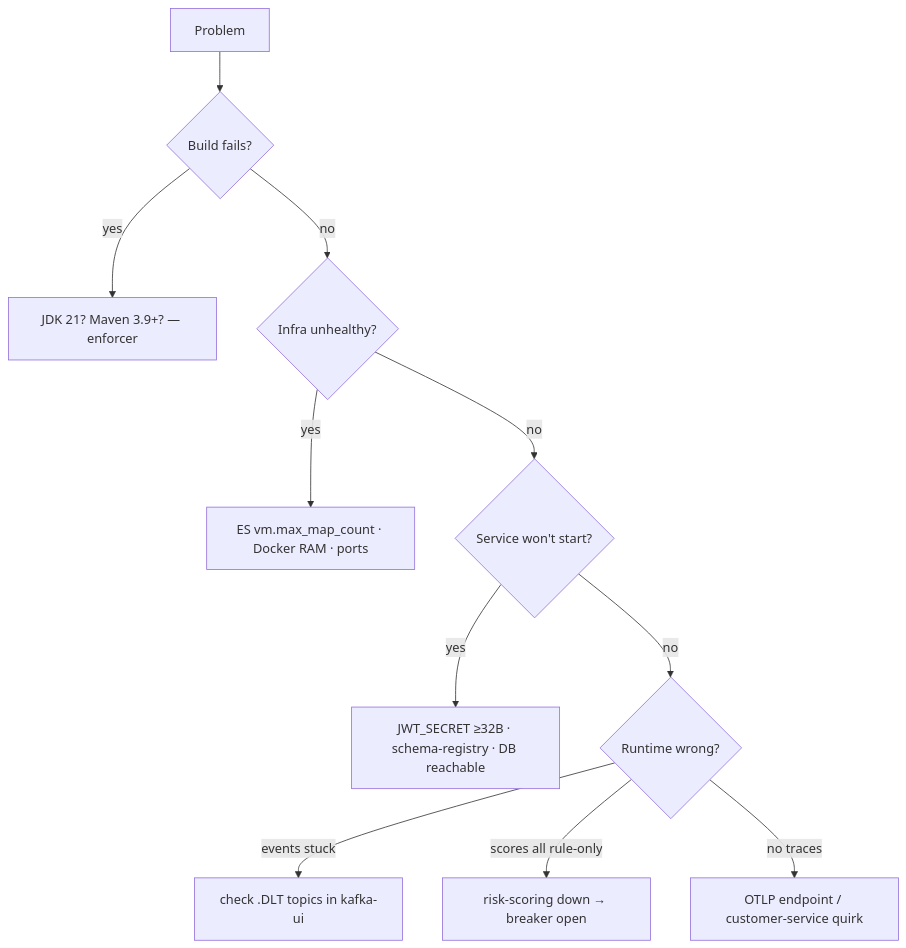
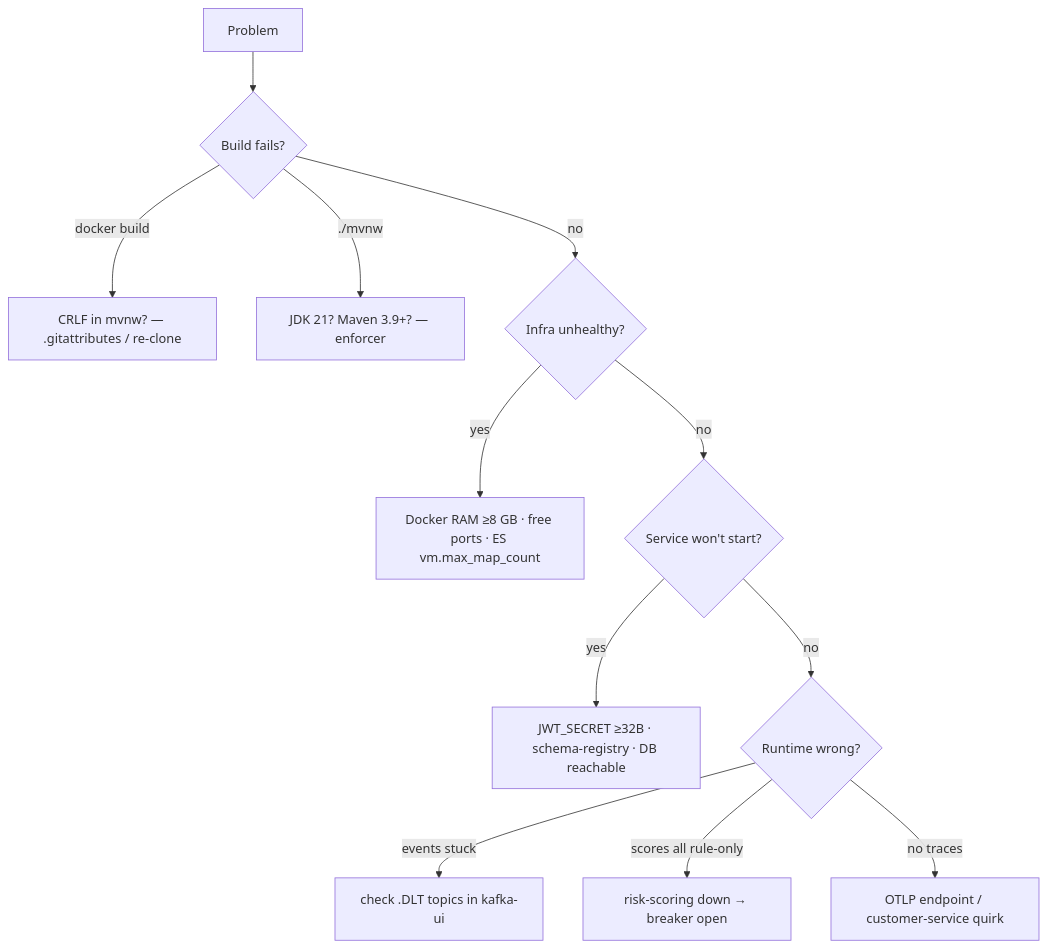
One commit to princeamir56/fraud-detection-platform changed the diagram in docs/troubleshooting.md. Above: the diagram before and after it, drawn with Mermaid. The commit also changed other lines of this file and 26 other files, not shown here.

````diff
--- a/docs/troubleshooting.md
+++ b/docs/troubleshooting.md
@@ -6,13 +6,14 @@
 ```mermaid
 flowchart TD
   A[Problem] --> B{Build fails?}
-  B -->|yes| B1[JDK 21? Maven 3.9+? — enforcer]
+  B -->|docker build| B0[CRLF in mvnw? — .gitattributes / re-clone]
+  B -->|./mvnw| B1[JDK 21? Maven 3.9+? — enforcer]
   B -->|no| C{Infra unhealthy?}
-  C -->|yes| C1[ES vm.max_map_count · Docker RAM · ports]
+  C -->|yes| C1[Docker RAM ≥8 GB · free ports · ES vm.max_map_count]
   C -->|no| D{Service won't start?}
   D -->|yes| D1[JWT_SECRET ≥32B · schema-registry · DB reachable]
   D -->|no| E{Runtime wrong?}
   E -->|events stuck| E1[check .DLT topics in kafka-ui]
   E -->|scores all rule-only| E2[risk-scoring down → breaker open]
   E -->|no traces| E3[OTLP endpoint / customer-service quirk]
 ```
````
